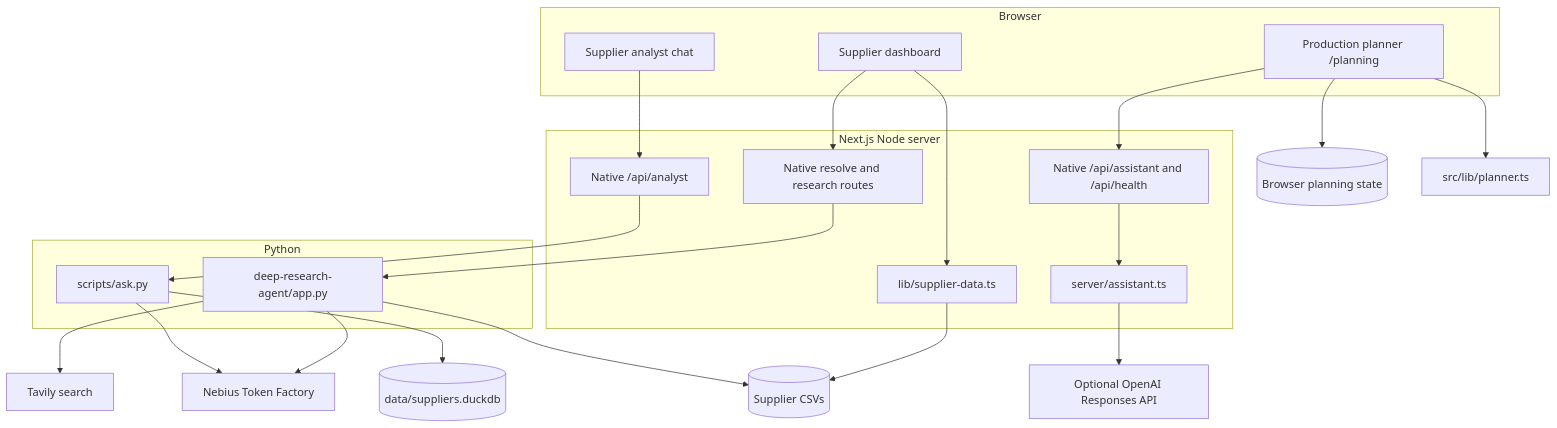
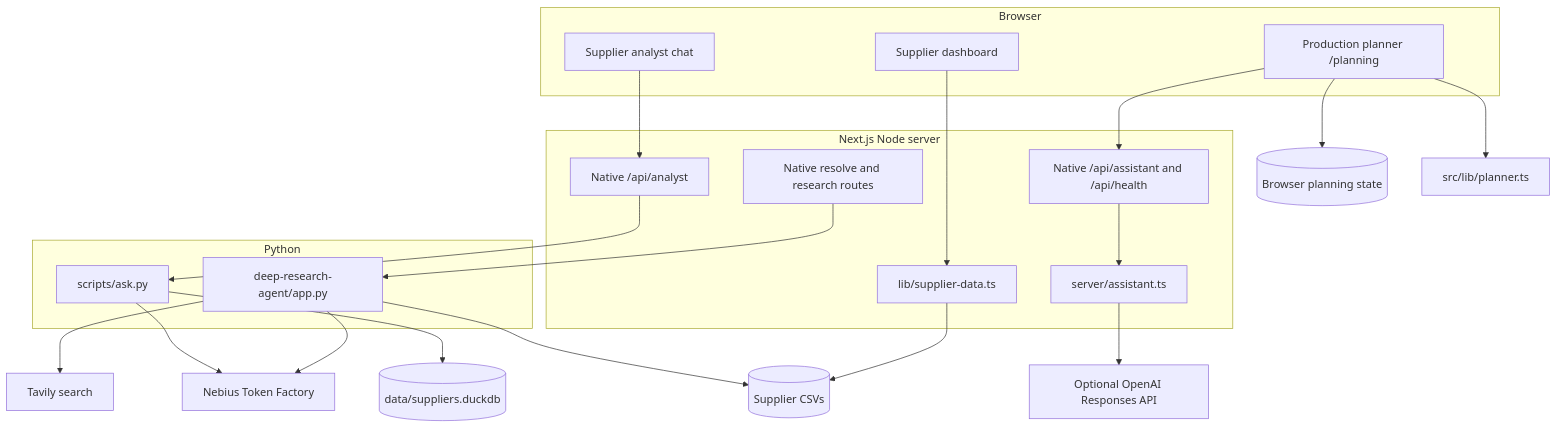
One commit to Sy-D/openai-devday-hackathon-oct-berlin changed the diagram in docs/ARCHITECTURE.md. Above: the diagram before and after it, drawn with Mermaid. The commit also changed other lines of this file and 2 other files, not shown here.

````diff
--- a/docs/ARCHITECTURE.md
+++ b/docs/ARCHITECTURE.md
@@ -10,34 +10,34 @@
 ```mermaid
 flowchart TB
   subgraph Browser
     UI[Supplier dashboard]
     Chat[Supplier analyst chat]
     Planner[Production planner /planning]
   end
   subgraph Next[Next.js Node server]
     Data[lib/supplier-data.ts]
     Research[Native resolve and research routes]
     Analyst[Native /api/analyst]
     Assistant[Native /api/assistant and /api/health]
     Core[server/assistant.ts]
   end
   subgraph Python
     Agent[deep-research-agent/app.py]
     SQL[scripts/ask.py]
   end
   CSV[(Supplier CSVs)]
   DB[(data/suppliers.duckdb)]
   Local[(Browser planning state)]
   UI --> Data --> CSV
-  UI --> Research --> Agent
+  Research --> Agent
   Agent --> Nebius[Nebius Token Factory]
   Agent --> Tavily[Tavily search]
   Agent --> CSV
   Chat --> Analyst --> SQL
   SQL --> DB
   SQL --> Nebius
   Planner --> Rules[src/lib/planner.ts]
   Planner --> Local
   Planner --> Assistant --> Core
   Core --> OpenAI[Optional OpenAI Responses API]
 ```
````
